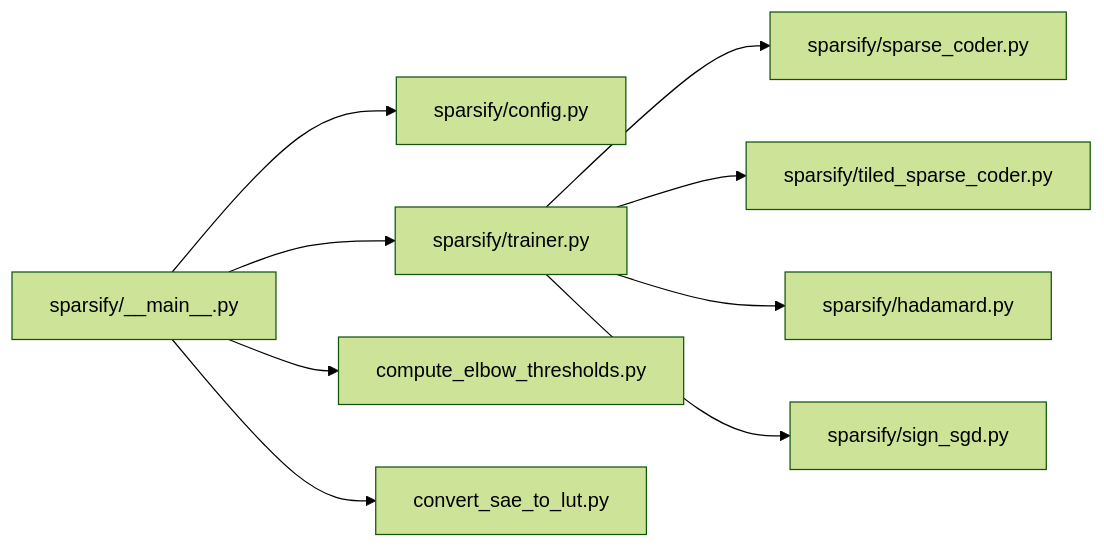
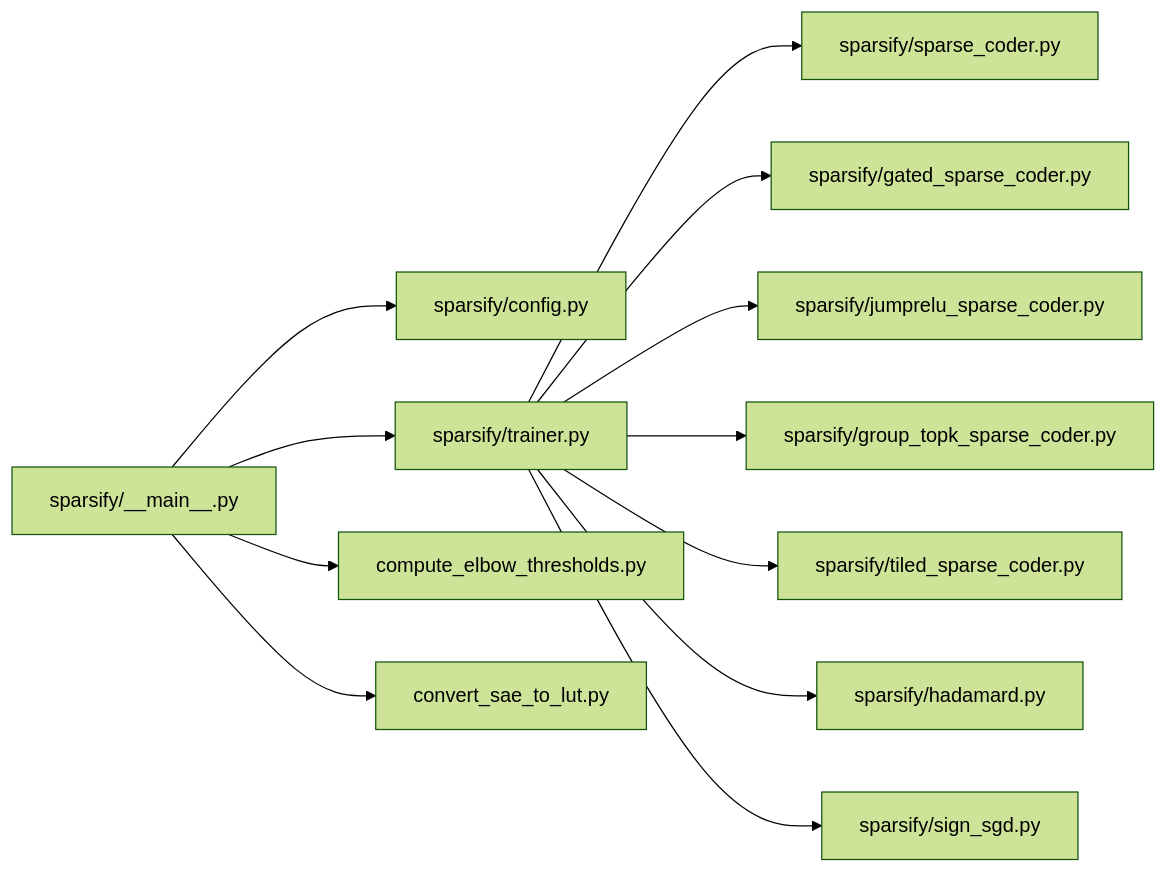
Before and after one commit to duanzhaol/sparsify: the third of 3 diagrams in .qoder/repowiki/zh/content/快速开始.md, drawn with Mermaid (forest theme). The commit also changed other lines of this file and 5 other files, not shown here.

````diff
--- a/.qoder/repowiki/zh/content/快速开始.md
+++ b/.qoder/repowiki/zh/content/快速开始.md
@@ -219,11 +410,14 @@
 ```mermaid
 graph LR
 M["sparsify/__main__.py"] --> CFG["sparsify/config.py"]
 M --> TR["sparsify/trainer.py"]
 TR --> SC["sparsify/sparse_coder.py"]
+TR --> GSC["sparsify/gated_sparse_coder.py"]
+TR --> JRSC["sparsify/jumprelu_sparse_coder.py"]
+TR --> GTSC["sparsify/group_topk_sparse_coder.py"]
 TR --> TSC["sparsify/tiled_sparse_coder.py"]
 TR --> HD["sparsify/hadamard.py"]
 TR --> SG["sparsify/sign_sgd.py"]
 M --> EL["compute_elbow_thresholds.py"]
 M --> LU["convert_sae_to_lut.py"]
 ```
````
